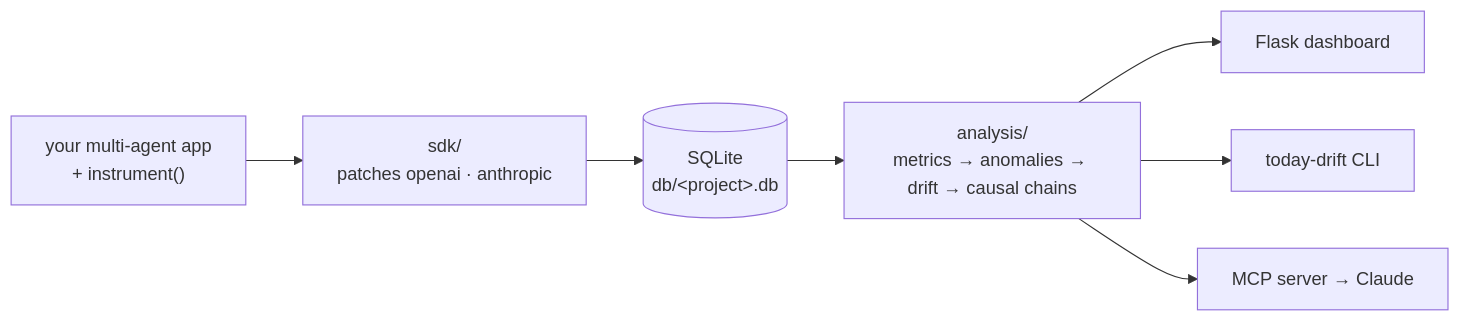
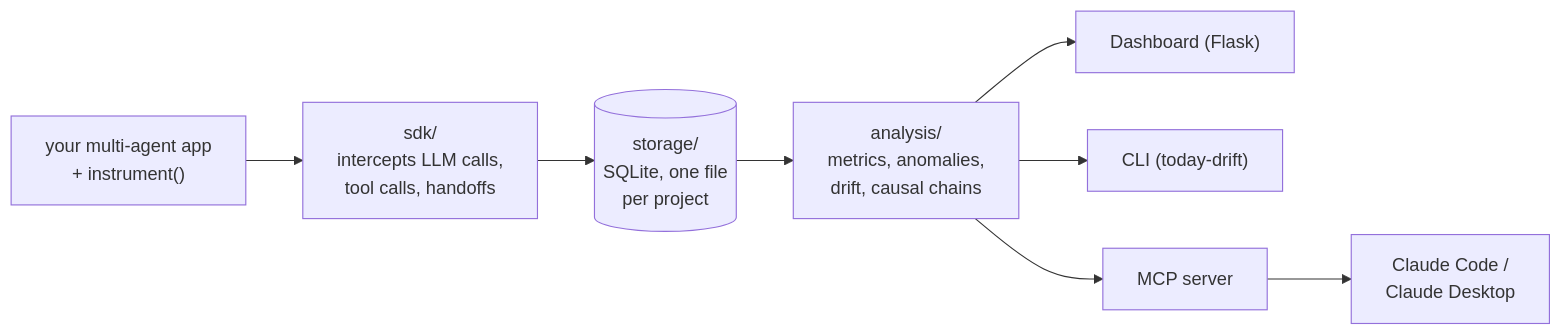
One commit to prove-ai/agentpulse changed the diagram in README.md. Above: the diagram before and after it, drawn with Mermaid. The commit also changed other lines of this file, not shown here.

Commit message:
README: fix architecture diagram, add plain-English walkthrough
Include storage/, split MCP server and Claude into separate nodes,
explain each step below the diagram.

````diff
--- a/README.md
+++ b/README.md
@@ -43,9 +43,10 @@
 ```mermaid
 flowchart LR
-    A["your multi-agent app<br/>+ instrument()"] --> B["sdk/<br/>patches openai · anthropic"]
-    B --> C[("SQLite<br/>db/&lt;project&gt;.db")]
-    C --> D["analysis/<br/>metrics → anomalies → drift → causal chains"]
-    D --> E["Flask dashboard"]
-    D --> F["today-drift CLI"]
-    D --> G["MCP server → Claude"]
+    A["your multi-agent app<br/>+ instrument()"] --> B["sdk/<br/>intercepts LLM calls,<br/>tool calls, handoffs"]
+    B --> C[("storage/<br/>SQLite, one file<br/>per project")]
+    C --> D["analysis/<br/>metrics, anomalies,<br/>drift, causal chains"]
+    D --> E["Dashboard (Flask)"]
+    D --> F["CLI (today-drift)"]
+    D --> G["MCP server"]
+    G --> H["Claude Code /<br/>Claude Desktop"]
 ```
````
